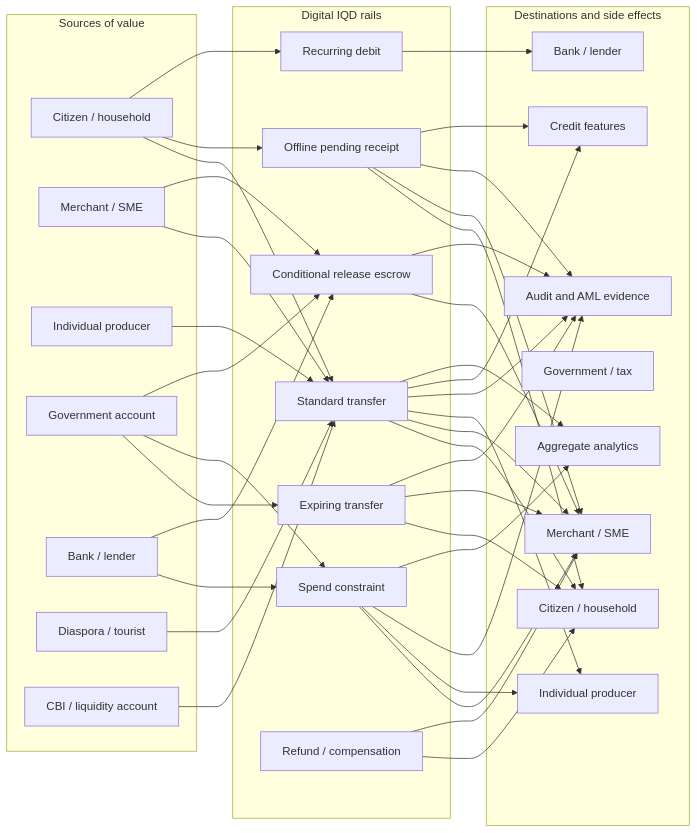
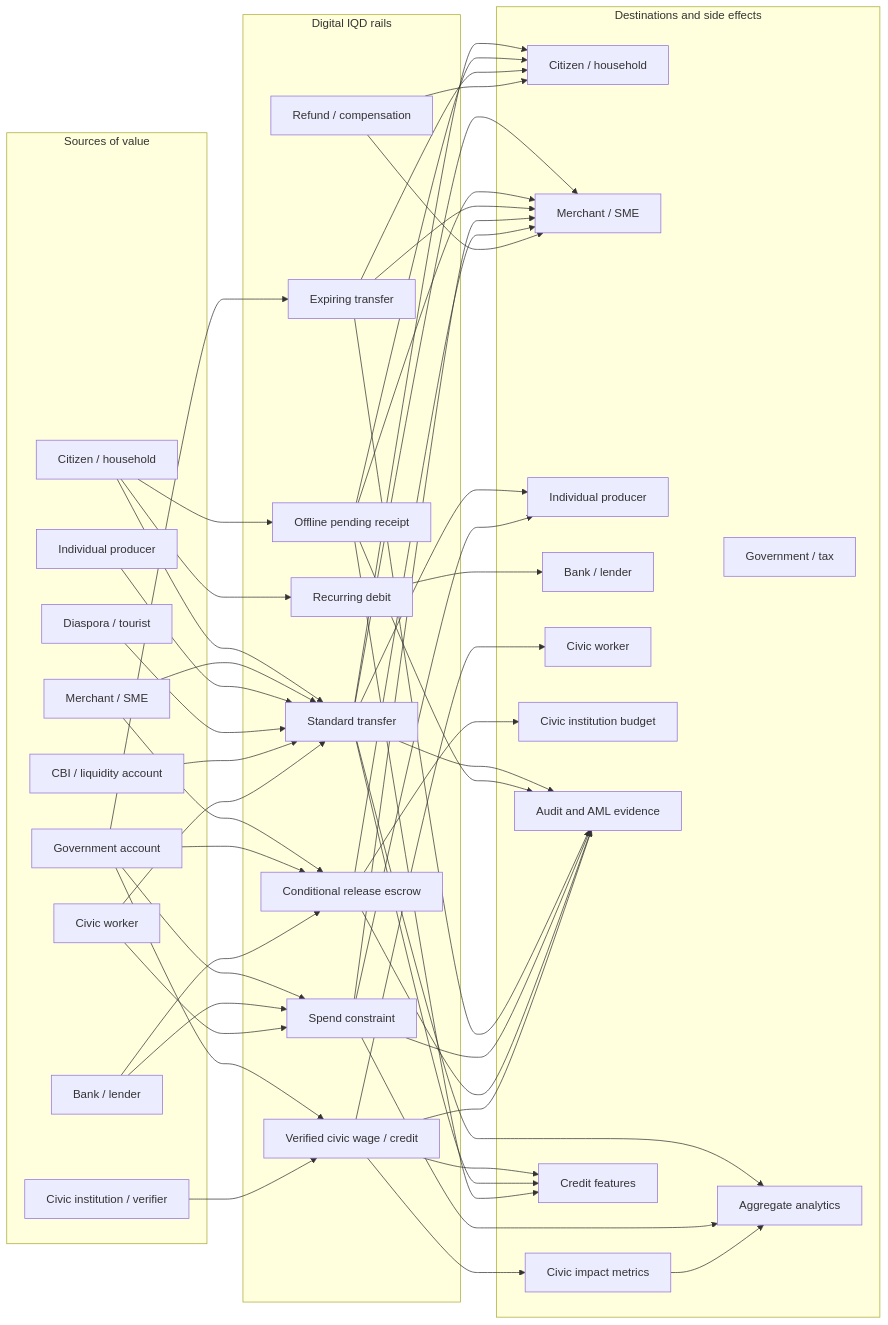
The seventh of 16 diagrams in docs/system-and-financial-flow-diagrams.md (modernecotech/cylinder_seal), drawn with Mermaid before and after one commit. The commit also changed other lines of this file and 6 other files, not shown here.

````diff
--- a/docs/system-and-financial-flow-diagrams.md
+++ b/docs/system-and-financial-flow-diagrams.md
@@ -368,6 +387,8 @@
         B["Bank / lender"]
         D["Diaspora / tourist"]
         CBI["CBI / liquidity account"]
+        CI["Civic institution / verifier"]
+        CW["Civic worker"]
     end
 
     subgraph Rails["Digital IQD rails"]
@@ -378,6 +399,7 @@
         Escrow["Conditional release escrow"]
         Recurring["Recurring debit"]
         Refund["Refund / compensation"]
+        Civic["Verified civic wage / credit"]
     end
 
     subgraph Destinations["Destinations and side effects"]
@@ -386,7 +408,10 @@
         IP2["Individual producer"]
         G2["Government / tax"]
         B2["Bank / lender"]
+        CW2["Civic worker"]
+        CI2["Civic institution budget"]
         Audit["Audit and AML evidence"]
+        CivicImpact["Civic impact metrics"]
         Credit2["Credit features"]
         Analytics2["Aggregate analytics"]
     end
@@ -404,6 +429,10 @@
     B --> Escrow
     D --> Standard
     CBI --> Standard
+    G --> Civic
+    CI --> Civic
+    CW --> Standard
+    CW --> Earmarked
 
     Standard --> C2
     Standard --> M2
@@ -418,6 +447,10 @@
     Recurring --> B2
     Refund --> C2
     Refund --> M2
+    Civic --> CW2
+    Civic --> Credit2
+    Civic --> CivicImpact
+    Escrow --> CI2
 
     Standard --> Audit
     Offline --> Audit
@@ -426,6 +459,8 @@
     Escrow --> Audit
     Standard --> Credit2
     Offline --> Credit2
+    Civic --> Audit
     Standard --> Analytics2
     Earmarked --> Analytics2
+    CivicImpact --> Analytics2
 ```
````
